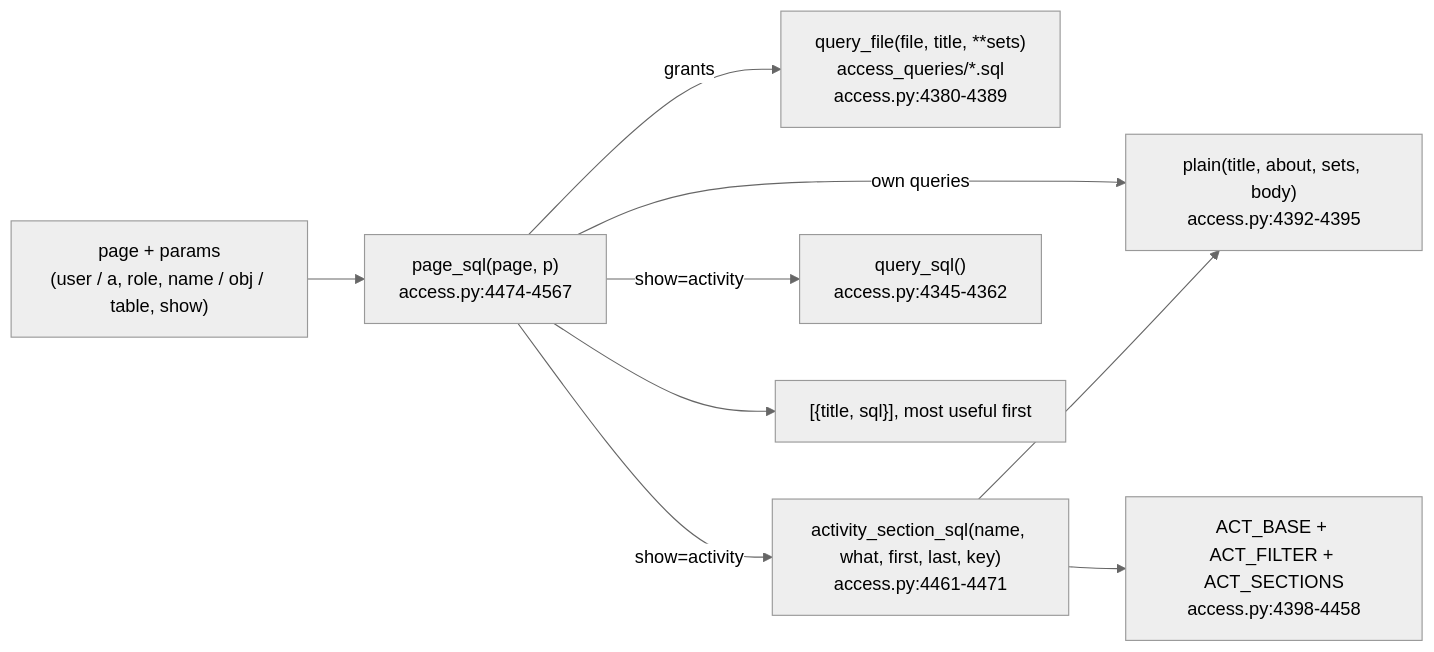
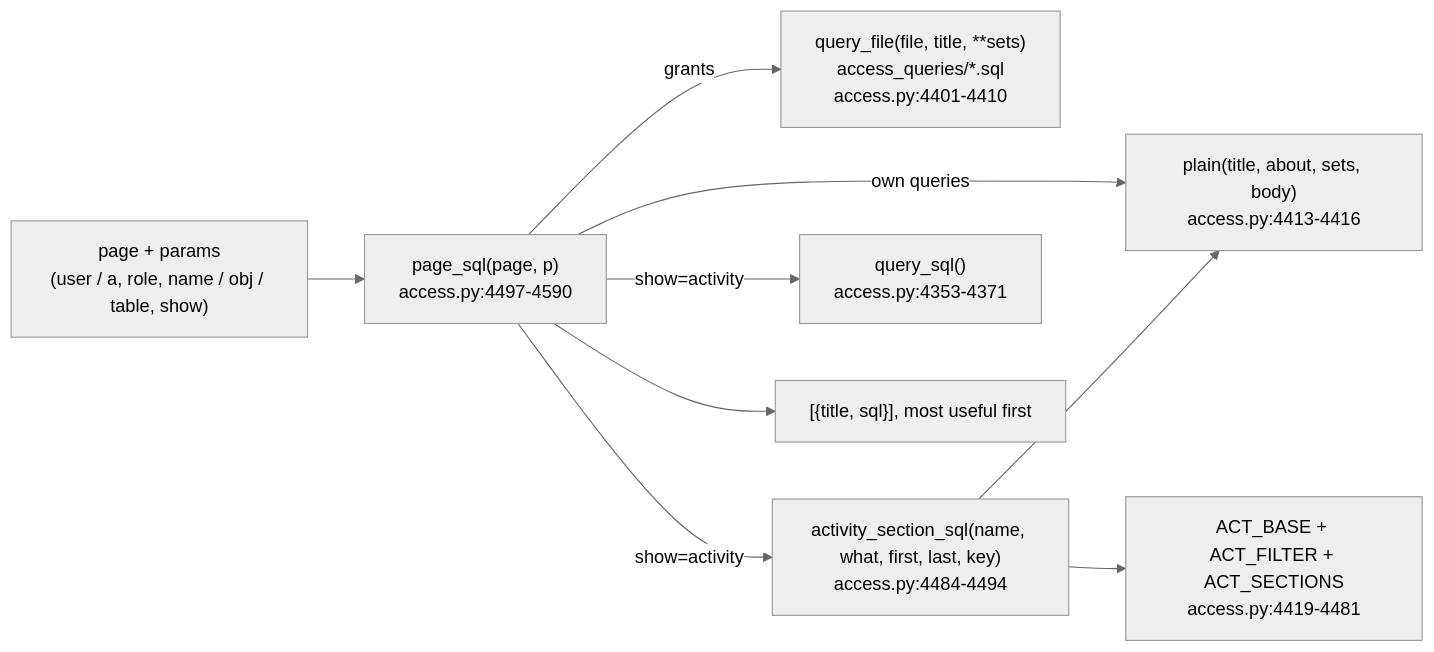
One commit to darshanmeel/snowflake-access-explorer changed the diagram in snowflake-access-explorer-knowledge-graph/logic/page-sql.md. Above: the diagram before and after it, drawn with Mermaid (neutral theme). The commit also changed other lines of this file and 73 other files, not shown here.

Commit message:
Knowledge graph: review fixes (escaped SQL names, CSV head rows, own queries out in Snowflake, UTC window, snapshot re-read, answer cache, docs)

````diff
--- a/snowflake-access-explorer-knowledge-graph/logic/page-sql.md
+++ b/snowflake-access-explorer-knowledge-graph/logic/page-sql.md
@@ -6,11 +6,11 @@
 ```mermaid
 flowchart LR
-  P["page + params<br/>(user / a, role, name / obj / table, show)"] --> PS["page_sql(page, p)<br/>access.py:4474-4567"]
-  PS -->|grants| QF["query_file(file, title, **sets)<br/>access_queries/*.sql<br/>access.py:4380-4389"]
-  PS -->|own queries| PL["plain(title, about, sets, body)<br/>access.py:4392-4395"]
-  PS -->|show=activity| AS["activity_section_sql(name, what, first, last, key)<br/>access.py:4461-4471"]
+  P["page + params<br/>(user / a, role, name / obj / table, show)"] --> PS["page_sql(page, p)<br/>access.py:4497-4590"]
+  PS -->|grants| QF["query_file(file, title, **sets)<br/>access_queries/*.sql<br/>access.py:4401-4410"]
+  PS -->|own queries| PL["plain(title, about, sets, body)<br/>access.py:4413-4416"]
+  PS -->|show=activity| AS["activity_section_sql(name, what, first, last, key)<br/>access.py:4484-4494"]
   AS --> PL
-  AS --> AB["ACT_BASE + ACT_FILTER + ACT_SECTIONS<br/>access.py:4398-4458"]
-  PS -->|show=activity| QS["query_sql()<br/>access.py:4345-4362"]
+  AS --> AB["ACT_BASE + ACT_FILTER + ACT_SECTIONS<br/>access.py:4419-4481"]
+  PS -->|show=activity| QS["query_sql()<br/>access.py:4353-4371"]
   PS --> OUT["[{title, sql}], most useful first"]
 ```
````
